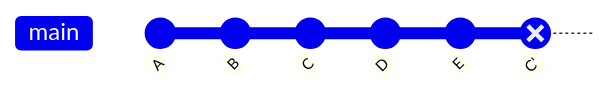
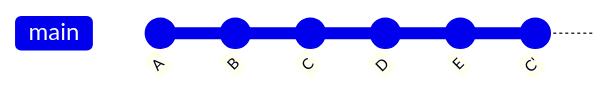
The diagram in reset-revert-checkout/06-revert.md (min-omniai/git-github), drawn with Mermaid before and after one commit. The commit also changed other lines of this file, not shown here.

````diff
--- a/reset-revert-checkout/06-revert.md
+++ b/reset-revert-checkout/06-revert.md
@@ -8,9 +8,9 @@
 ```mermaid
 gitGraph
    commit id:"A"
    commit id:"B"
    commit id:"C"
    commit id:"D"
    commit id:"E"
-   commit id:"C'" type:REVERSE
+   commit id:"C'"
 ```
````
